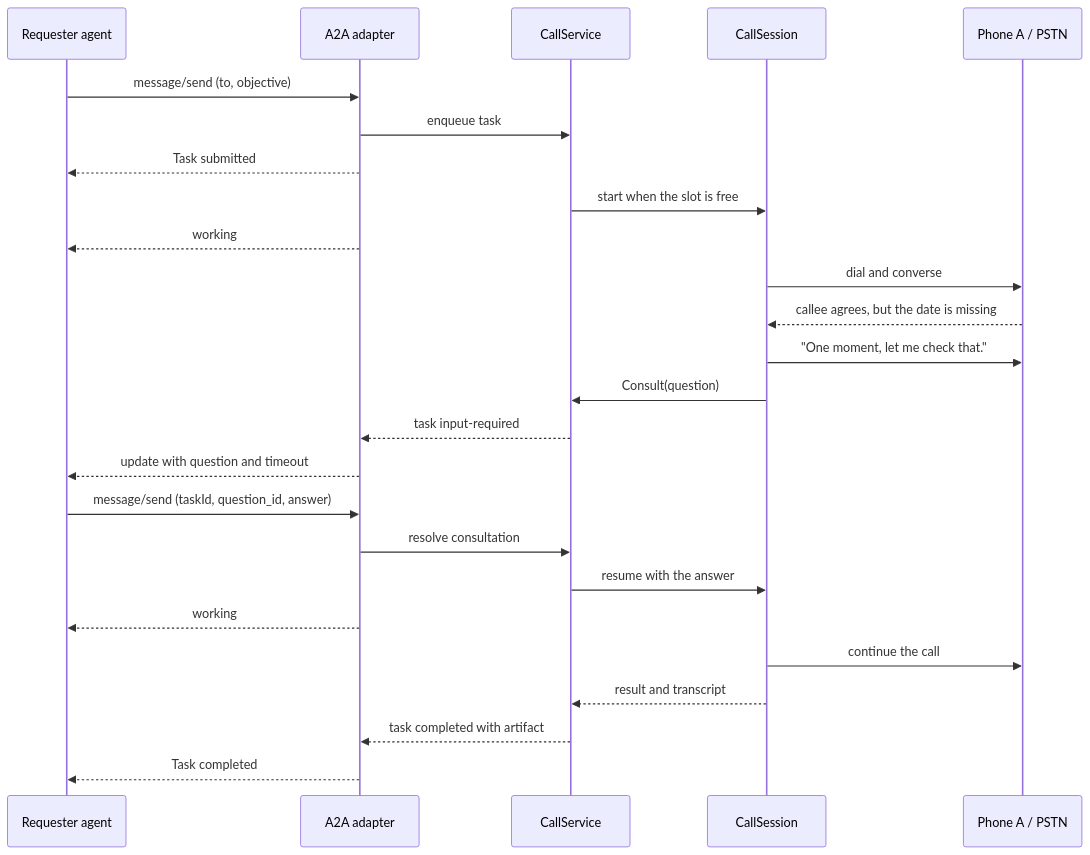
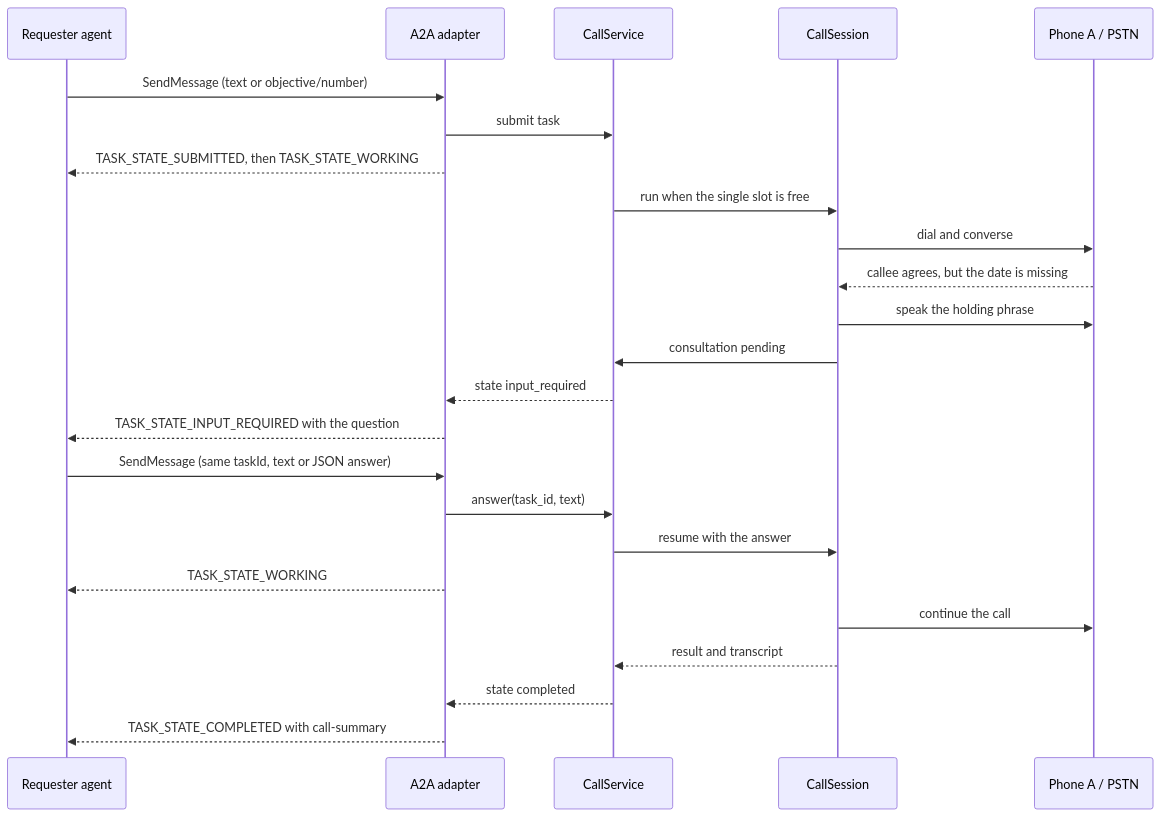
The second of 2 diagrams in docs/interop.md (fahimalizain/android-telephone-agent), drawn with Mermaid before and after one commit. The commit also changed other lines of this file and 6 other files, not shown here.

````diff
--- a/docs/interop.md
+++ b/docs/interop.md
@@ -209,28 +513,27 @@
 ```mermaid
 sequenceDiagram
     participant R as Requester agent
     participant A as A2A adapter
     participant S as CallService
     participant C as CallSession
     participant P as Phone A / PSTN
 
-    R->>A: message/send (to, objective)
-    A->>S: enqueue task
-    A-->>R: Task submitted
-    S->>C: start when the slot is free
-    A-->>R: working
+    R->>A: SendMessage (text or objective/number)
+    A->>S: submit task
+    A-->>R: TASK_STATE_SUBMITTED, then TASK_STATE_WORKING
+    S->>C: run when the single slot is free
     C->>P: dial and converse
     P-->>C: callee agrees, but the date is missing
-    C->>P: "One moment, let me check that."
-    C->>S: Consult(question)
-    S-->>A: task input-required
-    A-->>R: update with question and timeout
-    R->>A: message/send (taskId, question_id, answer)
-    A->>S: resolve consultation
+    C->>P: speak the holding phrase
+    C->>S: consultation pending
+    S-->>A: state input_required
+    A-->>R: TASK_STATE_INPUT_REQUIRED with the question
+    R->>A: SendMessage (same taskId, text or JSON answer)
+    A->>S: answer(task_id, text)
     S->>C: resume with the answer
-    A-->>R: working
+    A-->>R: TASK_STATE_WORKING
     C->>P: continue the call
     C-->>S: result and transcript
-    S-->>A: task completed with artifact
-    A-->>R: Task completed
+    S-->>A: state completed
+    A-->>R: TASK_STATE_COMPLETED with call-summary
 ```
````
